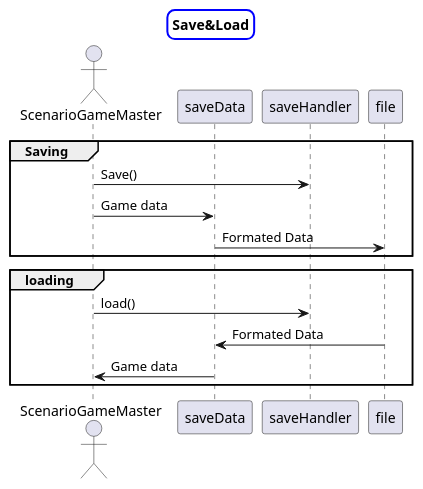
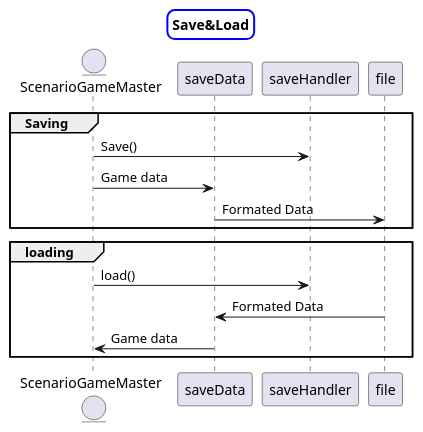
Before and after one commit to Runtime-Terrors-Team-5/-A2-UML: the diagram in A2/A2 Architecture/Sequence Diagrams/Save&load.puml, drawn with PlantUML. The commit also changed 23 other files, not shown here.

First line of the commit message:
Altered and Exported A2 UML

```diff
--- a/A2/A2 Architecture/Sequence Diagrams/Save&load.puml
+++ b/A2/A2 Architecture/Sequence Diagrams/Save&load.puml
@@ -1,27 +1,27 @@
 @startuml
 skinparam titleBorderRoundCorner 15
 skinparam titleBorderThickness 2
 skinparam titleBorderColor blue
 title Save&Load
 
-actor ScenarioGameMaster as GM
+entity ScenarioGameMaster as GM
 participant saveData
 participant saveHandler
 participant file
 
 
 group Saving
     GM -> saveHandler : Save()
     GM -> saveData : Game data
     saveData -> file : Formated Data
 end
 
 group loading
     GM -> saveHandler : load()
 
     file -> saveData : Formated Data
     saveData -> GM : Game data
 
 end
 
 @enduml
```
